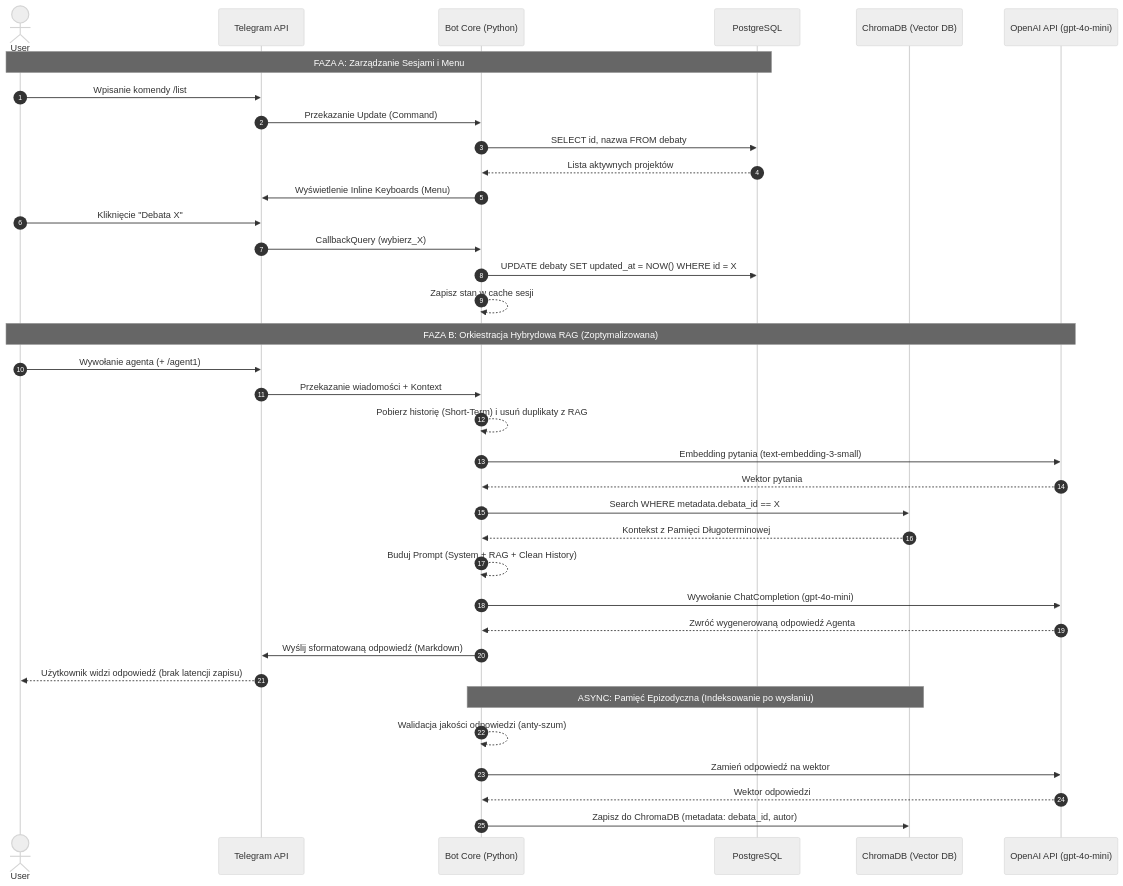
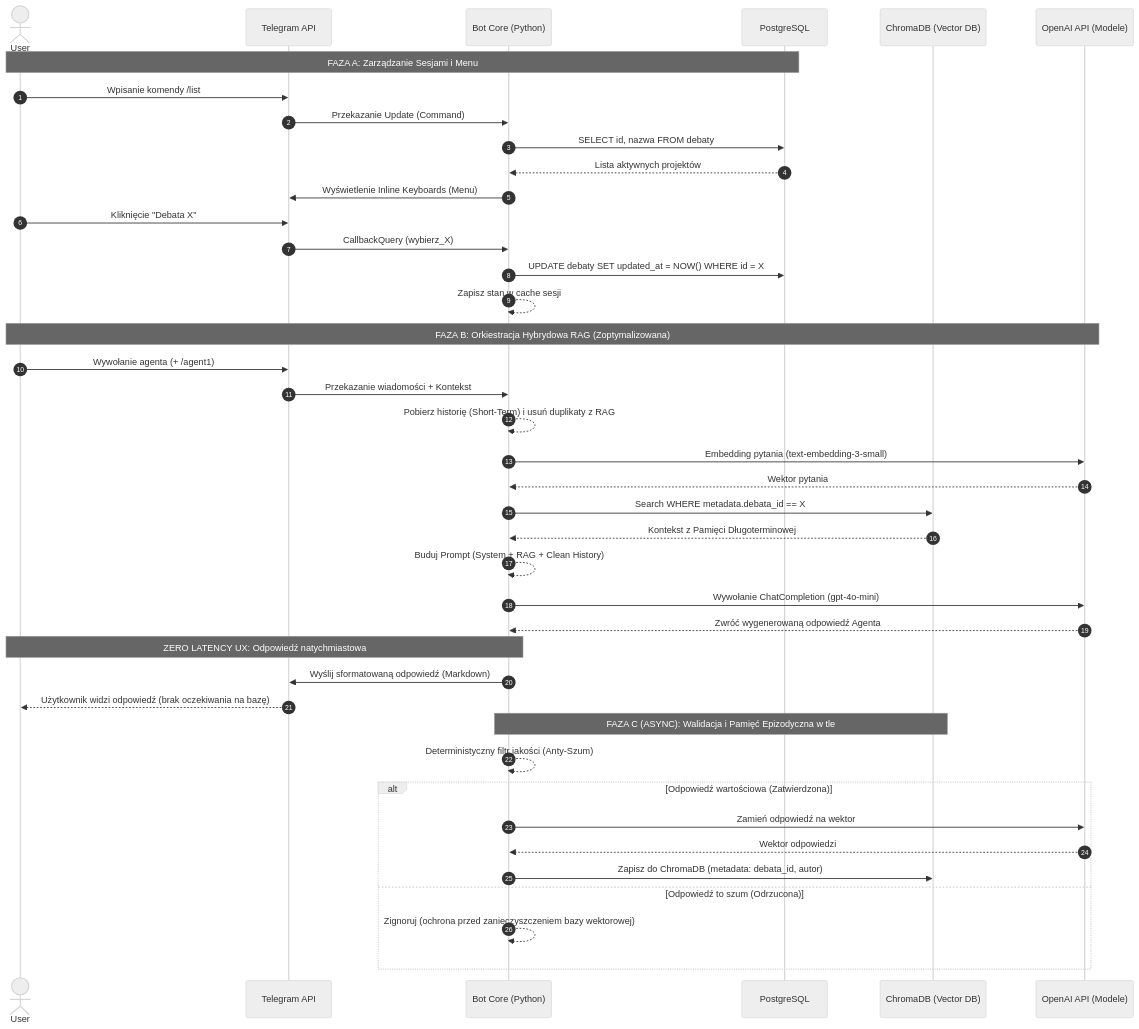
One commit to Arniffy/RAGent changed the diagram in README.md. Above: the diagram before and after it, drawn with Mermaid (neutral theme). The commit also changed other lines of this file, not shown here.

````diff
--- a/README.md
+++ b/README.md
@@ -44,47 +48,53 @@
 ```mermaid
 sequenceDiagram
     autonumber
     actor U as User
     participant TG as Telegram API
     participant B as Bot Core (Python)
     participant SQL as PostgreSQL
     participant CH as ChromaDB (Vector DB)
-    participant AI as OpenAI API (gpt-4o-mini)
+    participant AI as OpenAI API (Modele)
 
     Note over U, SQL: FAZA A: Zarządzanie Sesjami i Menu
     U->>TG: Wpisanie komendy /list
     TG->>B: Przekazanie Update (Command)
     B->>SQL: SELECT id, nazwa FROM debaty
     SQL-->>B: Lista aktywnych projektów
     B->>TG: Wyświetlenie Inline Keyboards (Menu)
     U->>TG: Kliknięcie "Debata X"
     TG->>B: CallbackQuery (wybierz_X)
     B->>SQL: UPDATE debaty SET updated_at = NOW() WHERE id = X
     B-->>B: Zapisz stan w cache sesji
 
     Note over U, AI: FAZA B: Orkiestracja Hybrydowa RAG (Zoptymalizowana)
     U->>TG: Wywołanie agenta (+ /agent1)
-    TG->>B: Przekazanie wiadomości + Kontext
+    TG->>B: Przekazanie wiadomości + Kontekst
     
     %% Pobieranie kontekstu z deduplikacją
     B-->>B: Pobierz historię (Short-Term) i usuń duplikaty z RAG
     B->>AI: Embedding pytania (text-embedding-3-small)
     AI-->>B: Wektor pytania
     B->>CH: Search WHERE metadata.debata_id == X
     CH-->>B: Kontekst z Pamięci Długoterminowej
     
     %% Generowanie odpowiedzi
     B-->>B: Buduj Prompt (System + RAG + Clean History)
     B->>AI: Wywołanie ChatCompletion (gpt-4o-mini)
     AI-->>B: Zwróć wygenerowaną odpowiedź Agenta
 
-    %% KLUCZOWA ZMIANA: Odpowiedź natychmiastowa (UX)
+    %% KLUCZOWA ZMIANA: UX na pierwszym miejscu
+    Note over U, B: ZERO LATENCY UX: Odpowiedź natychmiastowa
     B->>TG: Wyślij sformatowaną odpowiedź (Markdown)
-    TG-->>U: Użytkownik widzi odpowiedź (brak latencji zapisu)
+    TG-->>U: Użytkownik widzi odpowiedź (brak oczekiwania na bazę)
 
-    Note over B, CH: ASYNC: Pamięć Epizodyczna (Indeksowanie po wysłaniu)
-    B-->>B: Walidacja jakości odpowiedzi (anty-szum)
-    B->>AI: Zamień odpowiedź na wektor
-    AI-->>B: Wektor odpowiedzi
-    B->>CH: Zapisz do ChromaDB (metadata: debata_id, autor)
+    Note over B, CH: FAZA C (ASYNC): Walidacja i Pamięć Epizodyczna w tle
+    B-->>B: Deterministyczny filtr jakości (Anty-Szum)
+    
+    alt Odpowiedź wartościowa (Zatwierdzona)
+        B->>AI: Zamień odpowiedź na wektor
+        AI-->>B: Wektor odpowiedzi
+        B->>CH: Zapisz do ChromaDB (metadata: debata_id, autor)
+    else Odpowiedź to szum (Odrzucona)
+        B-->>B: Zignoruj (ochrona przed zanieczyszczeniem bazy wektorowej)
+    end
 ```
````
